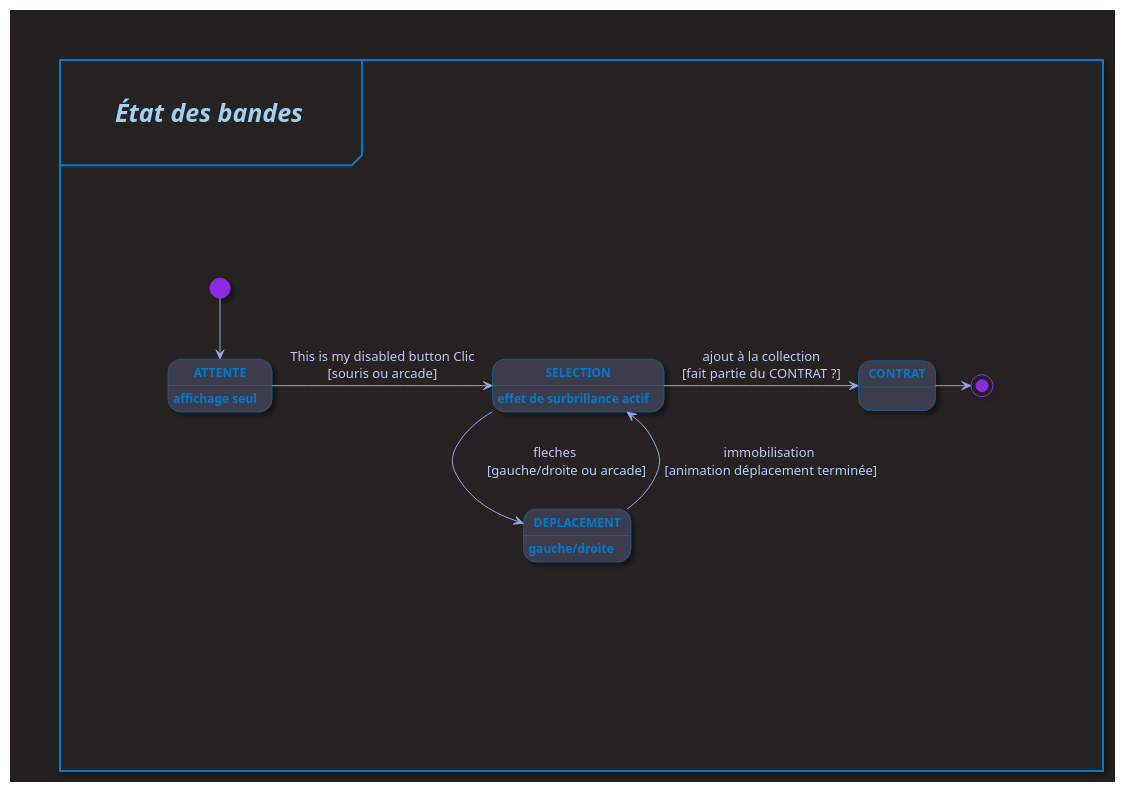
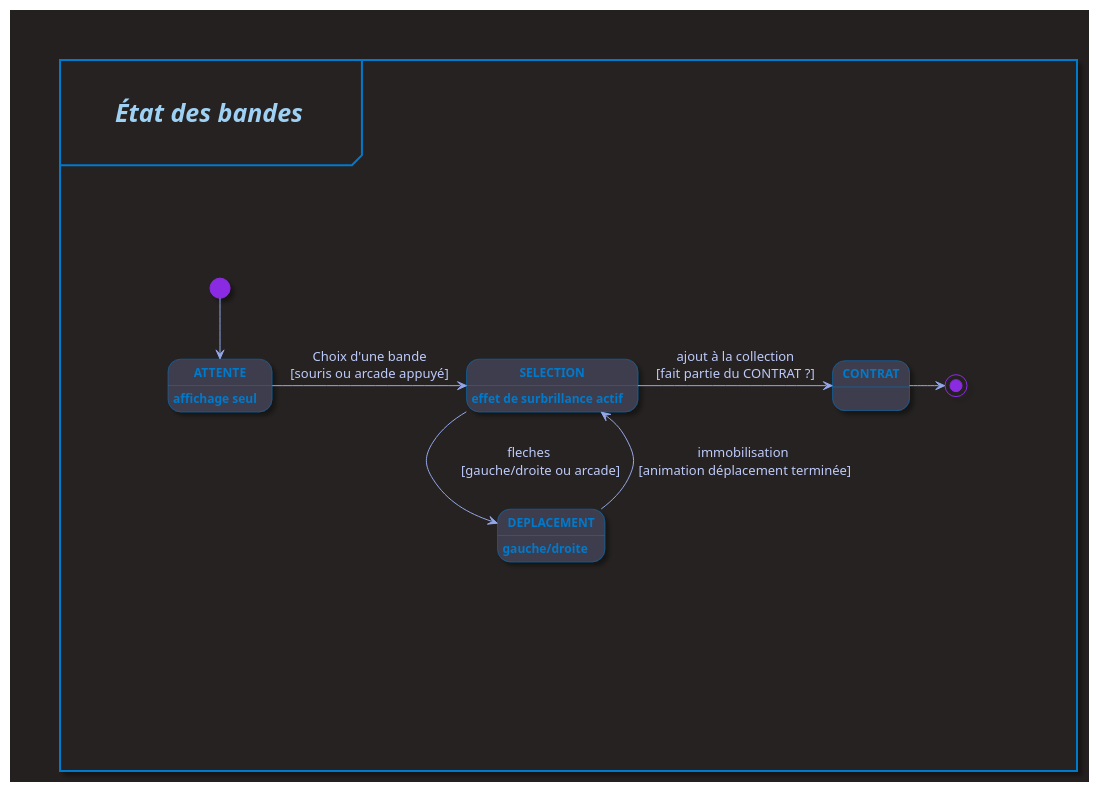
Before and after one commit to MaiveCL/Projet_session_JV: the diagram in docs/uml/puml/BandesStateDiagram.puml, drawn with PlantUML.

Commit message:
test plant uml automatisation pour la 101e fois

```diff
--- a/docs/uml/puml/BandesStateDiagram.puml
+++ b/docs/uml/puml/BandesStateDiagram.puml
@@ -1,45 +1,45 @@
 @startuml "État des bandes"
 ' Définir le style global
 skinparam {
     backgroundColor #252020ff
     shadowing true
     FontName "Consolas"
     ArrowColor #94a7e7ff
     ArrowFontColor #bdcbfbff
     StartColor #007acc
     EndColor #bdcbfb
 }
 ' Style pour les states
 skinparam state {
     BackgroundColor #3e3e4eff
     fontColor #007acc
     BorderColor #007acc
     FontName "Consolas"
     FontSize 12
     FontStyle bold
 }
 <style>
 mainframe {
   LineColor #007acc
   LineThickness 2.0
   FontColor #9ed1f3ff
   FontSize 25
   FontStyle italic
   Margin 50
   Padding 100
 }
 </style>
 mainframe \n\t**État des bandes**\t\n
 
     state ATTENTE : affichage seul
     state SELECTION : effet de surbrillance actif
     state DEPLACEMENT : gauche/droite
     state CONTRAT
 
     [*] #BlueViolet --> ATTENTE
-    ATTENTE -> SELECTION : This is my disabled button Clic\n[souris ou arcade]
+    ATTENTE -> SELECTION : Choix d'une bande\n[souris ou arcade appuyé]
     SELECTION -> DEPLACEMENT : fleches\n\t[gauche/droite ou arcade]\t
     DEPLACEMENT --> SELECTION :immobilisation\n [animation déplacement terminée]
     SELECTION -> CONTRAT :ajout à la collection\n[fait partie du CONTRAT ?]
     CONTRAT -> [*] #BlueViolet
 @enduml
```
